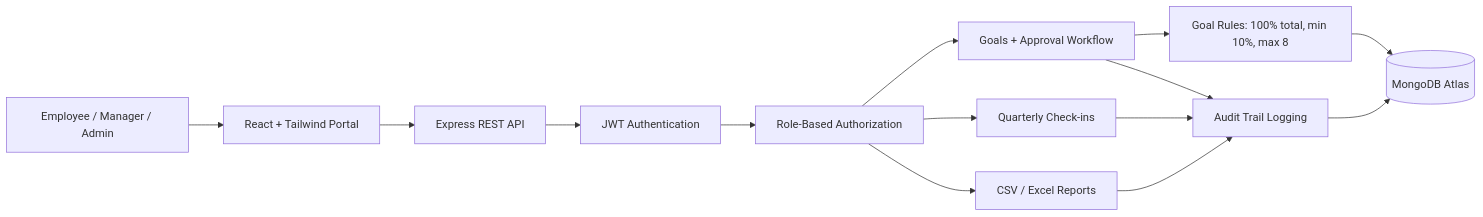
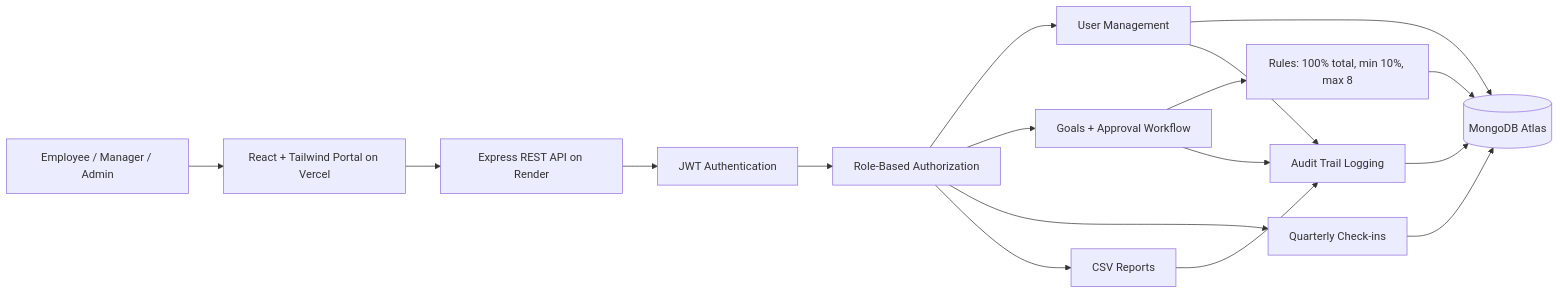
The diagram in SUBMISSION.md (ankita7Patil/AtomQuest-Hackathon-2026), drawn with Mermaid before and after one commit. The commit also changed other lines of this file and 2 other files, not shown here.

````diff
--- a/SUBMISSION.md
+++ b/SUBMISSION.md
@@ -47,16 +98,19 @@
 ```mermaid
 flowchart LR
-  U["Employee / Manager / Admin"] --> FE["React + Tailwind Portal"]
-  FE --> API["Express REST API"]
+  U["Employee / Manager / Admin"] --> FE["React + Tailwind Portal on Vercel"]
+  FE --> API["Express REST API on Render"]
   API --> AUTH["JWT Authentication"]
   AUTH --> RBAC["Role-Based Authorization"]
+  RBAC --> USERS["User Management"]
   RBAC --> GOALS["Goals + Approval Workflow"]
   RBAC --> CHECKINS["Quarterly Check-ins"]
-  RBAC --> REPORTS["CSV / Excel Reports"]
-  GOALS --> VALIDATION["Goal Rules: 100% total, min 10%, max 8"]
-  GOALS --> AUDIT["Audit Trail Logging"]
-  CHECKINS --> AUDIT
-  REPORTS --> AUDIT
-  VALIDATION --> DB[("MongoDB Atlas")]
+  RBAC --> REPORTS["CSV Reports"]
+  USERS --> DB[("MongoDB Atlas")]
+  GOALS --> VALIDATION["Rules: 100% total, min 10%, max 8"]
+  VALIDATION --> DB
+  CHECKINS --> DB
+  REPORTS --> AUDIT["Audit Trail Logging"]
+  GOALS --> AUDIT
+  USERS --> AUDIT
   AUDIT --> DB
 ```
````
